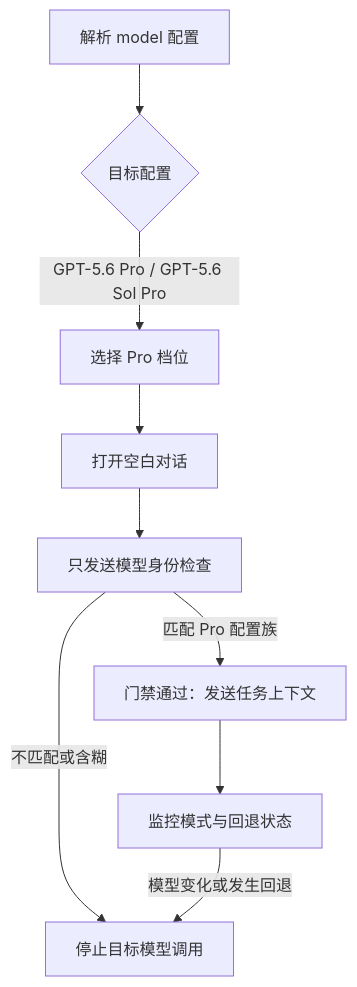
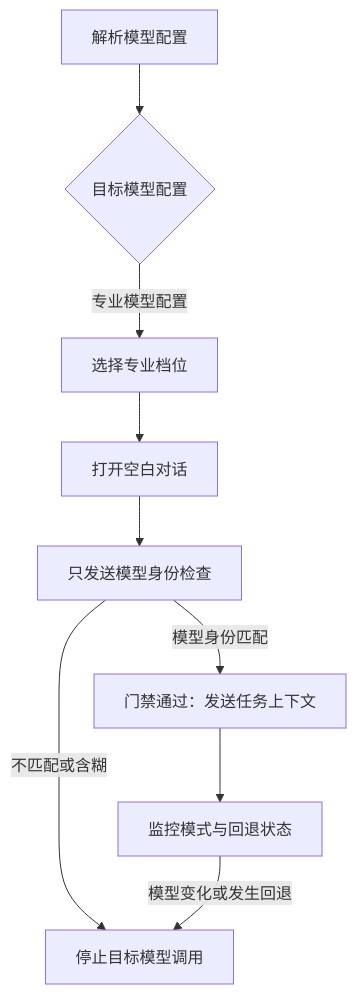
One commit to jay6697117/gpt-thinking-pro-collab-skill changed the diagram in README.md. Above: the diagram before and after it, drawn with Mermaid. The commit also changed 4 other files, not shown here.

Commit message:
feat: 完成 README Mermaid 流程图的中文化，新增测试确保可见标签不含英文

````diff
--- a/README.md
+++ b/README.md
@@ -122,11 +122,11 @@
 ```mermaid
 flowchart TD
-    CONFIG["解析 model 配置"] --> PROFILE{"目标配置"}
-    PROFILE -->|"GPT-5.6 Pro / GPT-5.6 Sol Pro"| PRO["选择 Pro 档位"]
+    CONFIG["解析模型配置"] --> PROFILE{"目标模型配置"}
+    PROFILE -->|"专业模型配置"| PRO["选择专业档位"]
     PRO --> CHAT["打开空白对话"]
     CHAT --> ASK["只发送模型身份检查"]
-    ASK -->|"匹配 Pro 配置族"| PASS["门禁通过：发送任务上下文"]
+    ASK -->|"模型身份匹配"| PASS["门禁通过：发送任务上下文"]
     ASK -->|"不匹配或含糊"| FAIL["停止目标模型调用"]
     PASS --> WATCH["监控模式与回退状态"]
     WATCH -->|"模型变化或发生回退"| FAIL
 ```
````
